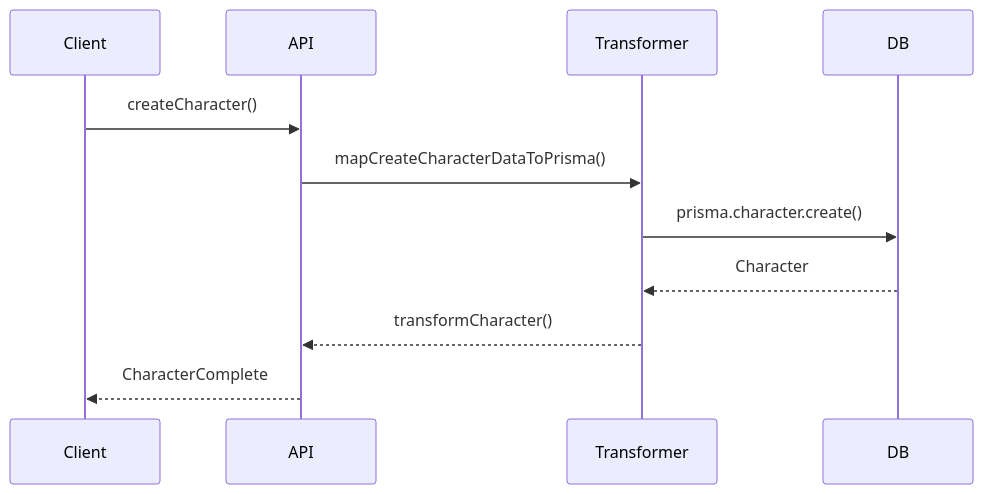
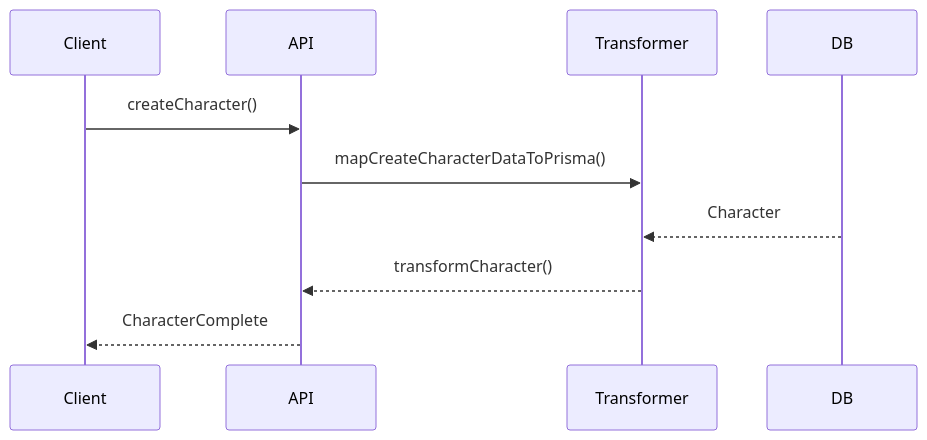
Before and after one commit to gvastethecreator/media-manager: the second of 2 diagrams in src/types/entities/character/documentation.md, drawn with Mermaid. The commit also changed 176 other files, not shown here.

````diff
--- a/src/types/entities/character/documentation.md
+++ b/src/types/entities/character/documentation.md
@@ -40,13 +40,13 @@
 ```mermaid
 sequenceDiagram
     participant Client
     participant API
     participant Transformer
     participant DB
     Client->>API: createCharacter()
     API->>Transformer: mapCreateCharacterDataToPrisma()
-    Transformer->>DB: prisma.character.create()
+    
     DB-->>Transformer: Character
     Transformer-->>API: transformCharacter()
     API-->>Client: CharacterComplete
 ```
````
